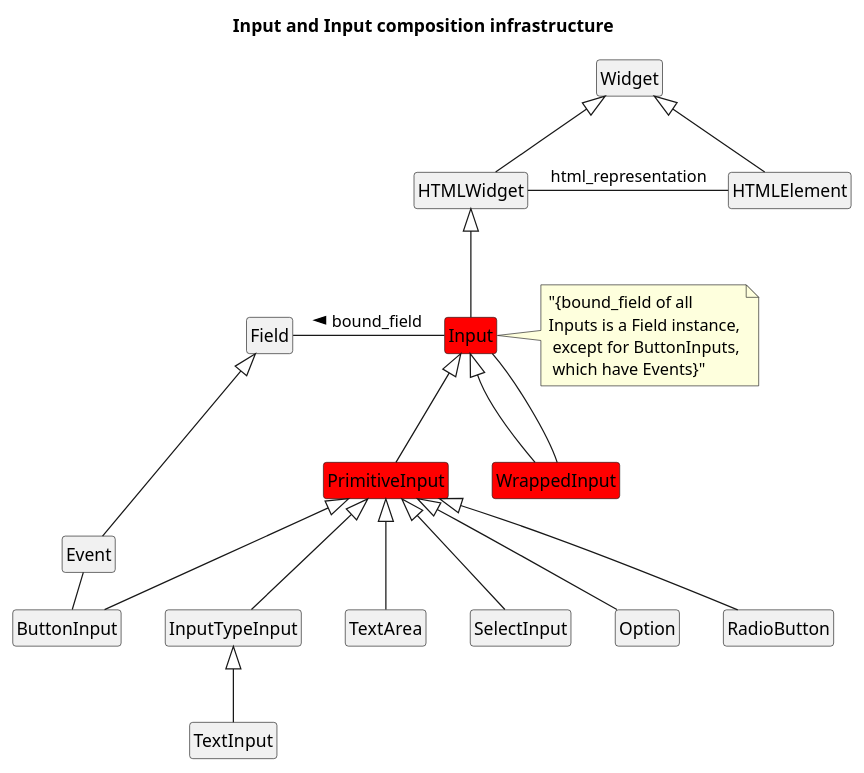
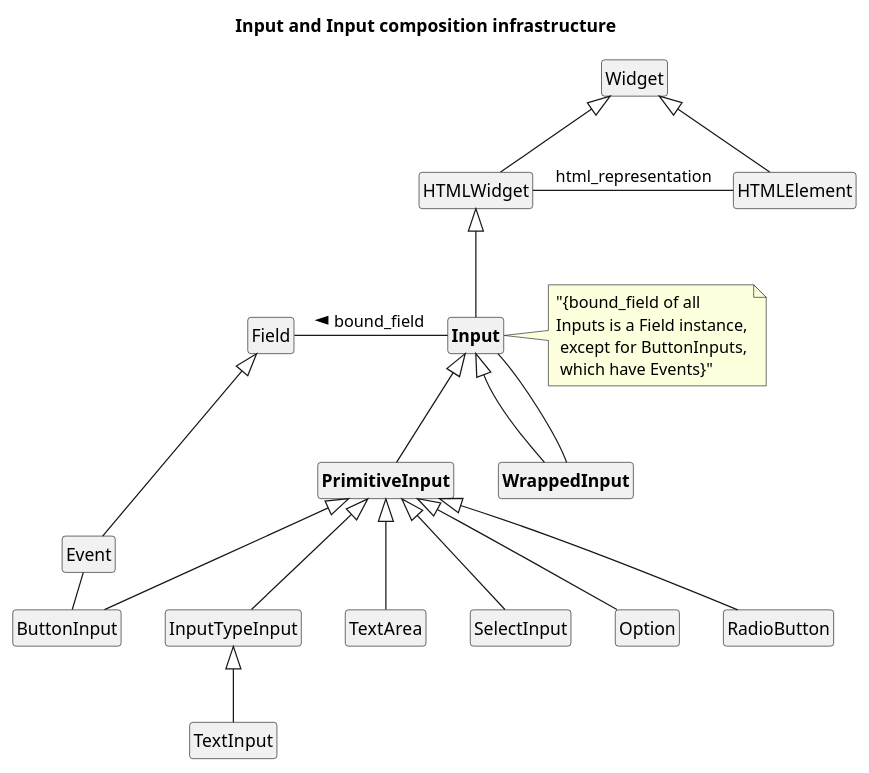
One commit to reahl/reahl changed the diagram in reahl-web/reahl/web_dev/inputandvalidation/input_and_input_composition_infrastructure.puml. Above: the diagram before and after it, drawn with PlantUML. The commit also changed 28 other files, not shown here.

```diff
--- a/reahl-web/reahl/web_dev/inputandvalidation/input_and_input_composition_infrastructure.puml
+++ b/reahl-web/reahl/web_dev/inputandvalidation/input_and_input_composition_infrastructure.puml
@@ -1,33 +1,33 @@
 @startuml
 
 title Input and Input composition infrastructure
 
 hide members
 hide circle
 
-class Input #red
-class WrappedInput #red
-class PrimitiveInput #red
+class "<b>Input</b>" as Input
+class "<b>WrappedInput</b>" as WrappedInput
+class "<b>PrimitiveInput</b>" as PrimitiveInput
 class Field
 note right of Input: "{bound_field of all \nInputs is a Field instance,\n except for ButtonInputs,\n which have Events}"
 
 HTMLWidget -up-|> Widget
 HTMLElement -up-|> Widget
 HTMLWidget -right- HTMLElement : html_representation
 Input -up-|> HTMLWidget
 Input -left- Field : bound_field >
 PrimitiveInput -up-|> Input
 WrappedInput -up-|> Input
 WrappedInput -- Input
 
 Event -up-|> Field
 ButtonInput -left- Event : bound_field >
 ButtonInput -up-|> PrimitiveInput
 InputTypeInput -up-|> PrimitiveInput
 TextArea -up-|> PrimitiveInput
 SelectInput -up-|> PrimitiveInput
 Option -up-|> PrimitiveInput
 RadioButton -up-|> PrimitiveInput
 TextInput -up-|> InputTypeInput
 
 @enduml
```
